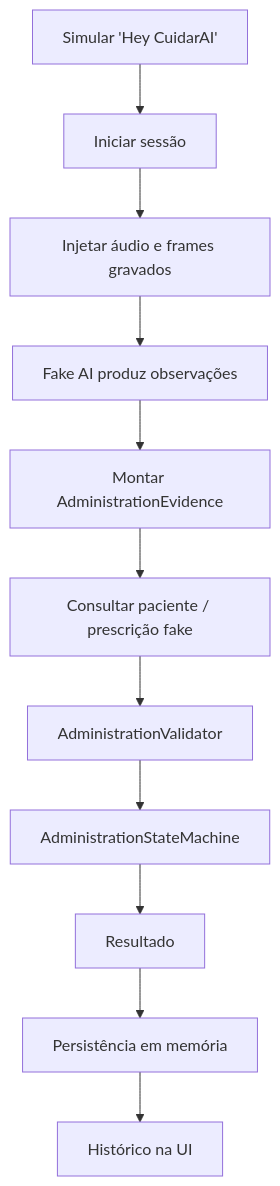
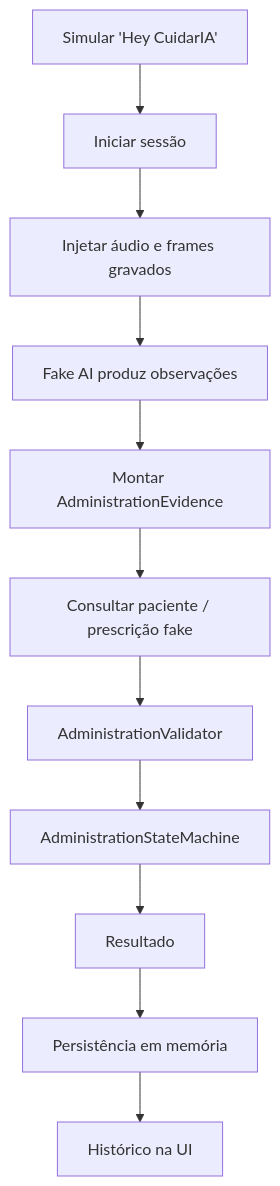
One commit to jaimejcs/CuidarAI changed diagram 22 of 24 in arquitetura-app-ia.md. Above: the diagram before and after it, drawn with Mermaid. The commit also changed other lines of this file and 12 other files, not shown here.

````diff
--- a/arquitetura-app-ia.md
+++ b/arquitetura-app-ia.md
@@ -1543,13 +1543,13 @@
 ```mermaid
 flowchart TD
-    A["Simular 'Hey CuidarAI'"] --> B[Iniciar sessão]
+    A["Simular 'Hey CuidarIA'"] --> B[Iniciar sessão]
     B --> C[Injetar áudio e frames gravados]
     C --> D[Fake AI produz observações]
     D --> E[Montar AdministrationEvidence]
     E --> F[Consultar paciente / prescrição fake]
     F --> G[AdministrationValidator]
     G --> H[AdministrationStateMachine]
     H --> I[Resultado]
     I --> J[Persistência em memória]
     J --> K[Histórico na UI]
 ```
````
